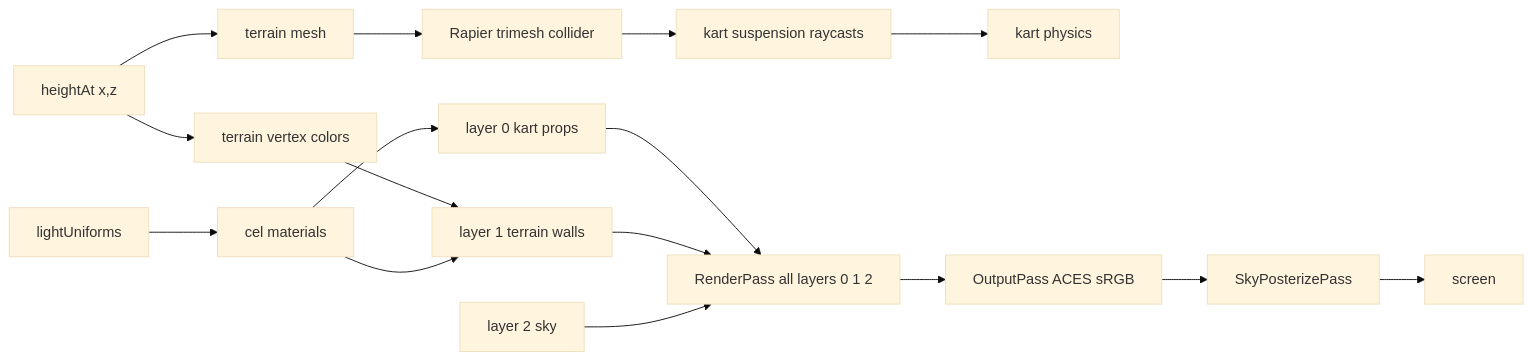
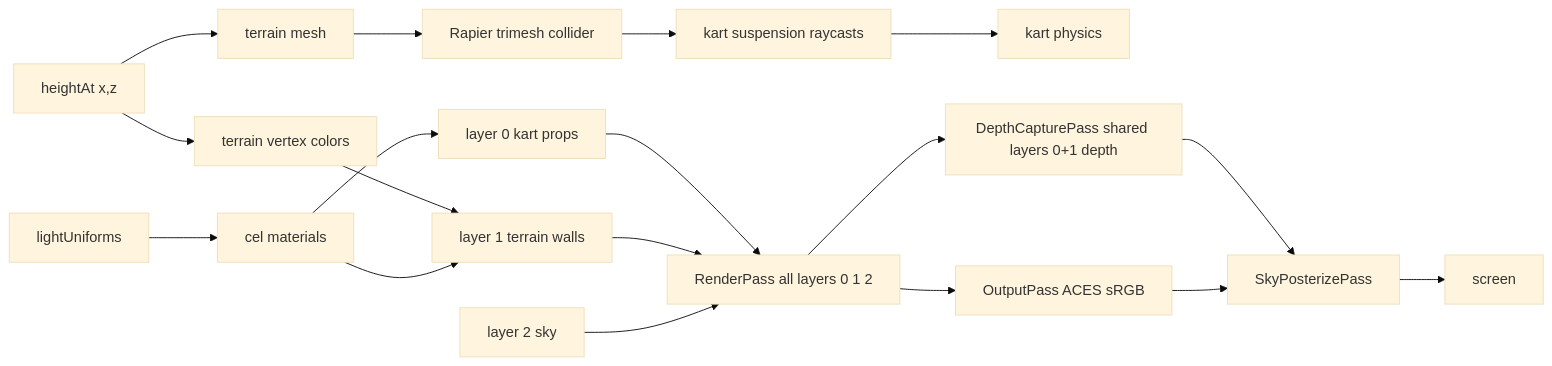
The diagram in docs/knowledge/data-flows/render-pipeline.md (jjgroenendijk/cart-game), drawn with Mermaid (base theme) before and after one commit. The commit also changed other lines of this file and 10 other files, not shown here.

First line of the commit message:
refactor(render): share one sampleable depth buffer (#252)

````diff
--- a/docs/knowledge/data-flows/render-pipeline.md
+++ b/docs/knowledge/data-flows/render-pipeline.md
@@ -11,18 +11,20 @@
 ```mermaid
 flowchart LR
   height[heightAt x,z] --> mesh[terrain mesh]
   height --> color[terrain vertex colors]
   mesh --> collider[Rapier trimesh collider]
   collider --> suspension[kart suspension raycasts]
   suspension --> kart[kart physics]
   color --> layer1[layer 1 terrain walls]
   light[lightUniforms] --> cel[cel materials]
   cel --> layer0[layer 0 kart props]
   cel --> layer1
   layer0 --> renderPass[RenderPass all layers 0 1 2]
   layer1 --> renderPass
   sky[layer 2 sky] --> renderPass
+  renderPass --> depthCapture[DepthCapturePass shared layers 0+1 depth]
   renderPass --> output[OutputPass ACES sRGB]
+  depthCapture --> posterize
   output --> posterize[SkyPosterizePass]
   posterize --> screen[screen]
 ```
````
